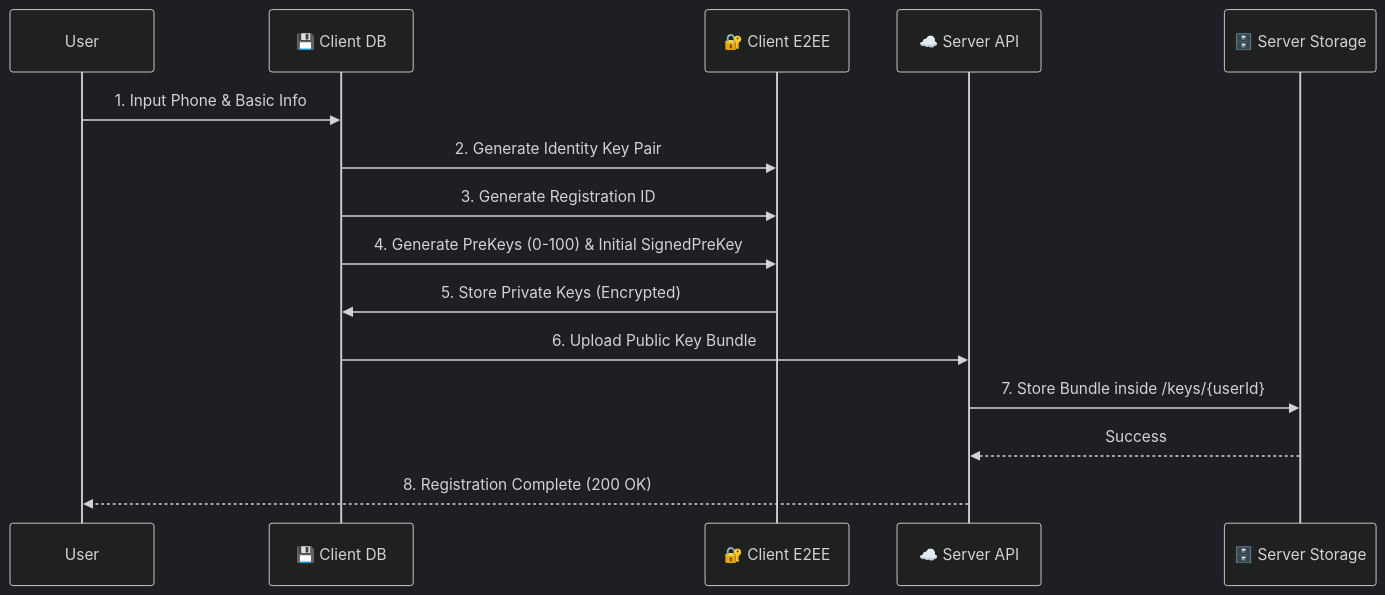
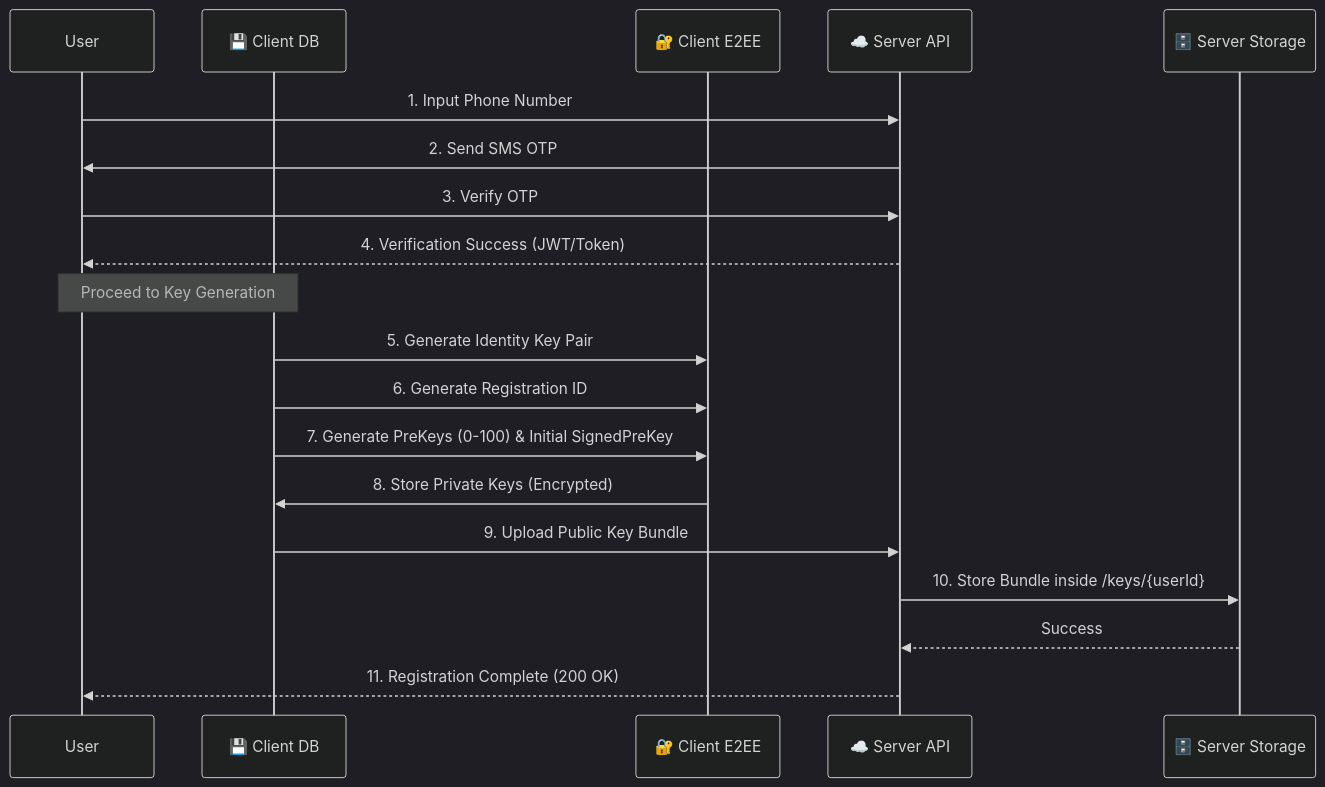
One commit to pingappduniya-oss/Ping-App-Complete-Use-Case-Flows-Technical-Deep-Dive- changed the first of 18 diagrams in CompleteUseCaseFlows.md. Above: the diagram before and after it, drawn with Mermaid (dark theme). The commit also changed other lines of this file, not shown here.

````diff
--- a/CompleteUseCaseFlows.md
+++ b/CompleteUseCaseFlows.md
@@ -11,20 +11,25 @@
 ```mermaid
 sequenceDiagram
     participant User
     participant CDB as 💾 Client DB
     participant E2EE as 🔐 Client E2EE
     participant Server as ☁️ Server API
     participant SS as 🗄️ Server Storage
 
-    User->>CDB: 1. Input Phone & Basic Info
-    CDB->>E2EE: 2. Generate Identity Key Pair
-    CDB->>E2EE: 3. Generate Registration ID
-    CDB->>E2EE: 4. Generate PreKeys (0-100) & Initial SignedPreKey
+    User->>Server: 1. Input Phone Number
+    Server->>User: 2. Send SMS OTP
+    User->>Server: 3. Verify OTP
+    Server-->>User: 4. Verification Success (JWT/Token)
+
+    Note over User, CDB: Proceed to Key Generation
+    CDB->>E2EE: 5. Generate Identity Key Pair
+    CDB->>E2EE: 6. Generate Registration ID
+    CDB->>E2EE: 7. Generate PreKeys (0-100) & Initial SignedPreKey
     
-    E2EE->>CDB: 5. Store Private Keys (Encrypted)
+    E2EE->>CDB: 8. Store Private Keys (Encrypted)
     
-    CDB->>Server: 6. Upload Public Key Bundle
-    Server->>SS: 7. Store Bundle inside /keys/{userId}
+    CDB->>Server: 9. Upload Public Key Bundle
+    Server->>SS: 10. Store Bundle inside /keys/{userId}
     SS-->>Server: Success
-    Server-->>User: 8. Registration Complete (200 OK)
+    Server-->>User: 11. Registration Complete (200 OK)
 ```
````
